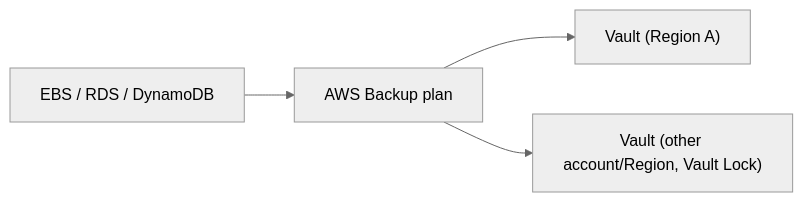
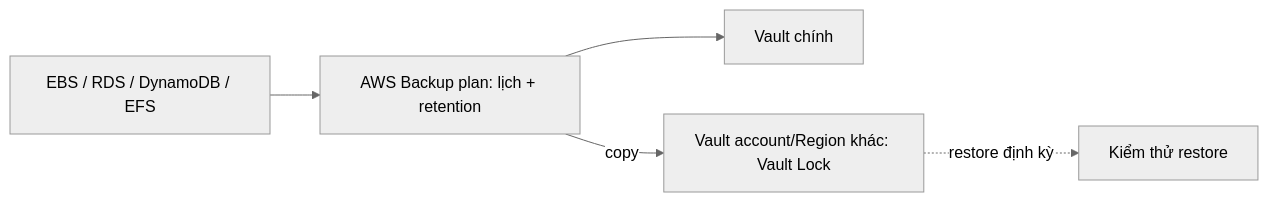
One commit to passion-Infinity/personal-tech-playbook changed the diagram in src/assets/knowledge/playbooks/aws/aws-backup-data-protection.md. Above: the diagram before and after it, drawn with Mermaid (neutral theme). The commit also changed other lines of this file and 4 other files, not shown here.

First line of the commit message:
Deep-dive rewrite: AWS cost/FinOps, developer toolkit, backup, cert roadmap (AWS topic complete)

````diff
--- a/src/assets/knowledge/playbooks/aws/aws-backup-data-protection.md
+++ b/src/assets/knowledge/playbooks/aws/aws-backup-data-protection.md
@@ -17,6 +30,7 @@
 ```mermaid
 flowchart LR
-    SRC["EBS / RDS / DynamoDB"] --> AB["AWS Backup plan"]
-    AB --> V1["Vault (Region A)"]
-    AB --> V2["Vault (other account/Region, Vault Lock)"]
+    SRC["EBS / RDS / DynamoDB / EFS"] --> AB["AWS Backup plan: lịch + retention"]
+    AB --> V1["Vault chính"]
+    AB -->|"copy"| V2["Vault account/Region khác: Vault Lock"]
+    V2 -.->|"restore định kỳ"| TEST["Kiểm thử restore"]
 ```
````
